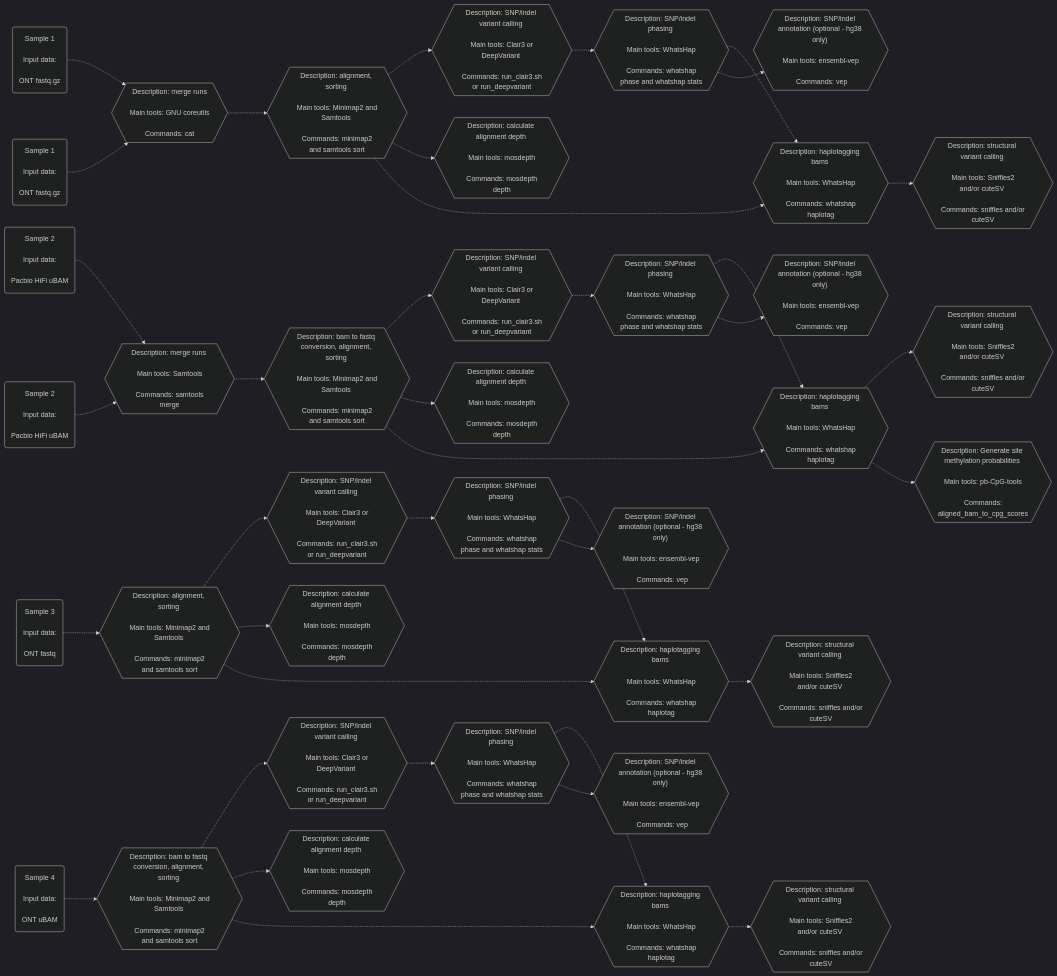
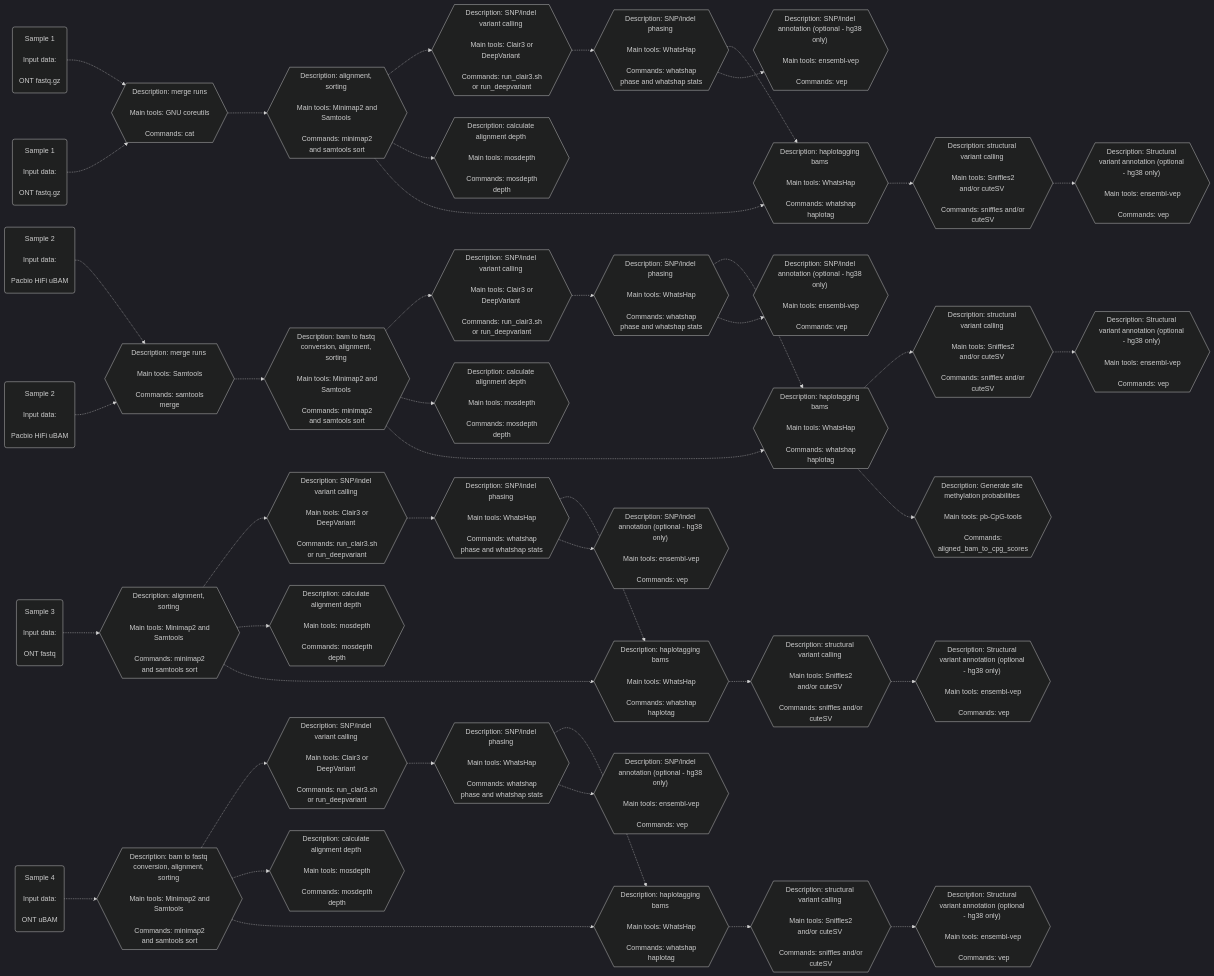
One commit to leahkemp/pipeface changed the second of 2 diagrams in README.md. Above: the diagram before and after it, drawn with Mermaid. The commit also changed other lines of this file and 4 other files, not shown here.

````diff
--- a/README.md
+++ b/README.md
@@ -90,6 +92,11 @@
 sv_calling_s3{{"Description: structural variant calling <br><br> Main tools: Sniffles2 and/or cuteSV <br><br> Commands: sniffles and/or cuteSV"}}
 sv_calling_s4{{"Description: structural variant calling <br><br> Main tools: Sniffles2 and/or cuteSV <br><br> Commands: sniffles and/or cuteSV"}}
 
+sv_annotation_s1{{"Description: Structural variant annotation (optional - hg38 only)" <br><br> Main tools: ensembl-vep <br><br> Commands: vep}}
+sv_annotation_s2{{"Description: Structural variant annotation (optional - hg38 only)" <br><br> Main tools: ensembl-vep <br><br> Commands: vep}}
+sv_annotation_s3{{"Description: Structural variant annotation (optional - hg38 only)" <br><br> Main tools: ensembl-vep <br><br> Commands: vep}}
+sv_annotation_s4{{"Description: Structural variant annotation (optional - hg38 only)" <br><br> Main tools: ensembl-vep <br><br> Commands: vep}}
+
 ont_data_f1-.->merging_m1-.->alignment_s1-.->snp_indel_calling_s1-.->snp_indel_phasing_s1-.->haplotagging_s1-.->sv_calling_s1
 ont_data_f2-.->merging_m1
 pacbio_data_f3-.->merging_m2-.->alignment_s2-.->snp_indel_calling_s2-.->snp_indel_phasing_s2-.->haplotagging_s2-.->sv_calling_s2
@@ -114,4 +121,9 @@
 snp_indel_phasing_s3-.->snp_indel_annotation_s3
 snp_indel_phasing_s4-.->snp_indel_annotation_s4
 
+sv_calling_s1-.->sv_annotation_s1
+sv_calling_s2-.->sv_annotation_s2
+sv_calling_s3-.->sv_annotation_s3
+sv_calling_s4-.->sv_annotation_s4
+
 ```
````
